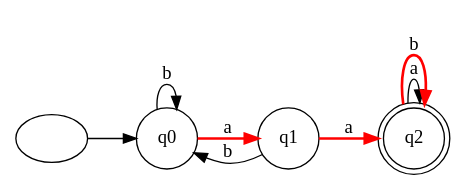
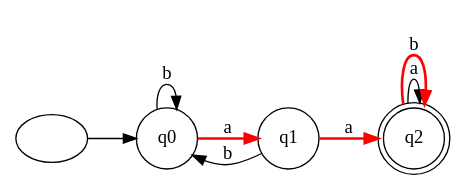
The diagram in lab1_go/dot/aab.dot (Singert/XJTU_COMP451105), drawn with Graphviz before and after one commit. The commit also changed other lines of this file and 16 other files, not shown here.

```diff
--- a/lab1_go/dot/aab.dot
+++ b/lab1_go/dot/aab.dot
@@ -1,13 +1,13 @@
 digraph DFA {
   rankdir=LR;
   "" -> q0;
   q0 [shape=circle];
   q1 [shape=circle];
   q2 [shape=doublecircle];
+  q0 -> q1 [label=a, color=red, penwidth=2];
+  q0 -> q0 [label=b];
   q1 -> q2 [label=a, color=red, penwidth=2];
   q1 -> q0 [label=b];
   q2 -> q2 [label=a];
   q2 -> q2 [label=b, color=red, penwidth=2];
-  q0 -> q1 [label=a, color=red, penwidth=2];
-  q0 -> q0 [label=b];
 }
```
